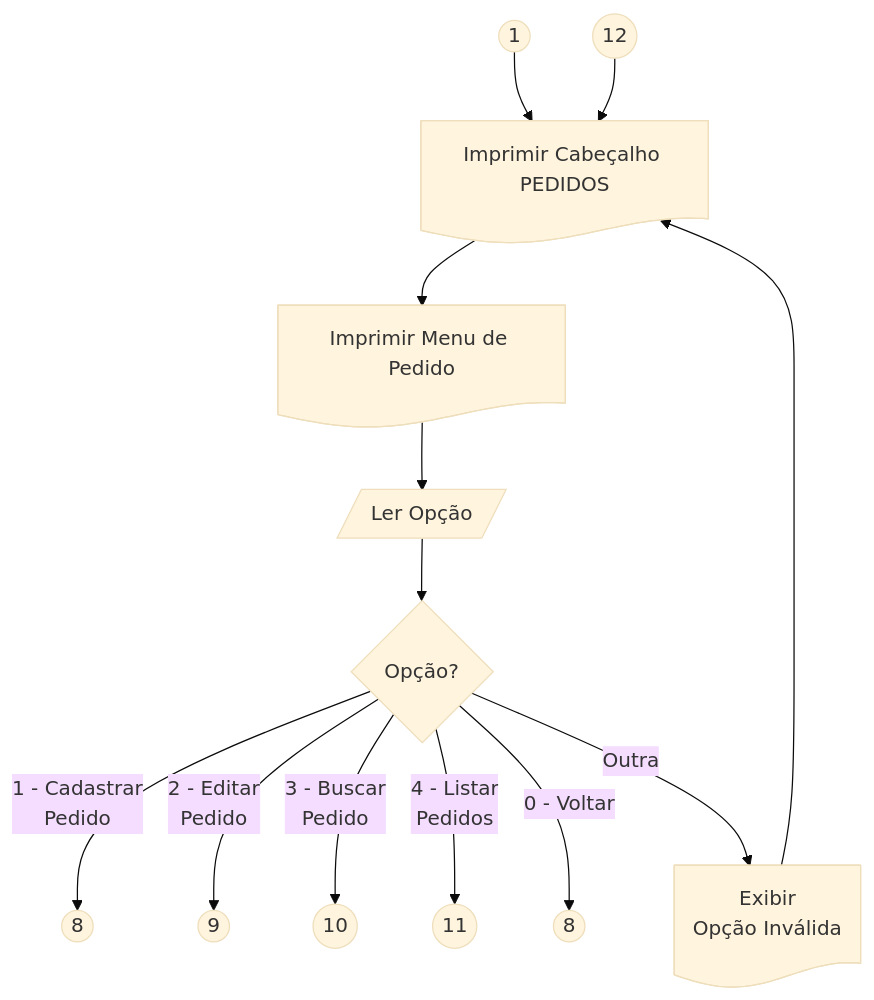
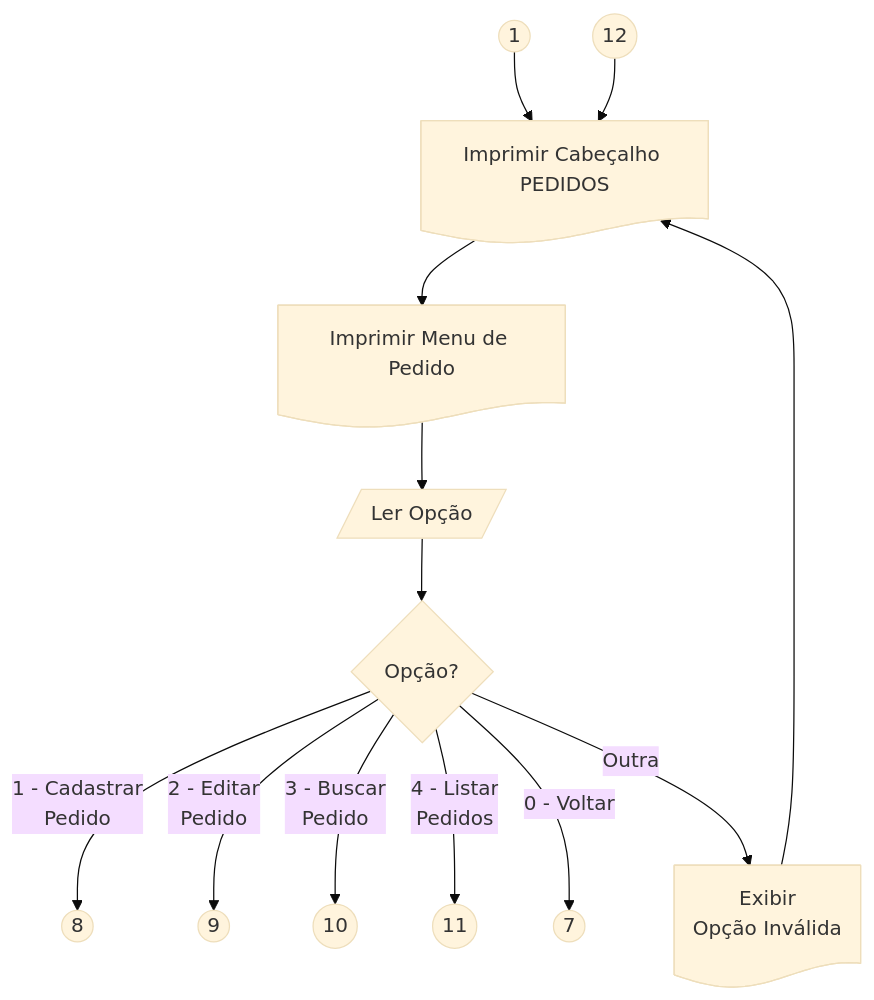
Before and after one commit to rafahahon/Projeto-de-Extensao-em-Desenvolvimento-de-Software: the diagram in programa-c/fluxogramas/menu_pedidos.mmd, drawn with Mermaid (base theme). The commit also changed 14 other files, not shown here.

```diff
--- a/programa-c/fluxogramas/menu_pedidos.mmd
+++ b/programa-c/fluxogramas/menu_pedidos.mmd
@@ -1,17 +1,17 @@
 flowchart TB
-    n1(("1")) --> n2["Imprimir Cabeçalho PEDIDOS"]
+    n1((1)) --> n2["Imprimir Cabeçalho PEDIDOS"]
     n2 --> n3["Imprimir Menu de Pedido"]
     n3 --> D[/"Ler Opção"/]
     D --> E{"Opção?"}
-    E -- "1 - Cadastrar\n Pedido" --> n6(("8"))
-    E -- "2 - Editar\n Pedido" --> n7(("9"))
-    E -- "3 - Buscar\n Pedido" --> n8(("10"))
-    E -- "4 - Listar\n Pedidos" --> n9(("11"))
-    E -- "0 - Voltar" --> n4(("8"))
+    E -- "1 - Cadastrar\n Pedido" --> n6((8))
+    E -- "2 - Editar\n Pedido" --> n7((9))
+    E -- "3 - Buscar\n Pedido" --> n8((10))
+    E -- "4 - Listar\n Pedidos" --> n9((11))
+    E -- "0 - Voltar" --> n4((7))
     E -- Outra --> n5["Exibir \nOpção Inválida"]
     n5 --> n2
     n10((12)) --> n2
 
     n2@{ shape: doc}
     n3@{ shape: doc}
     n5@{ shape: doc}
```
